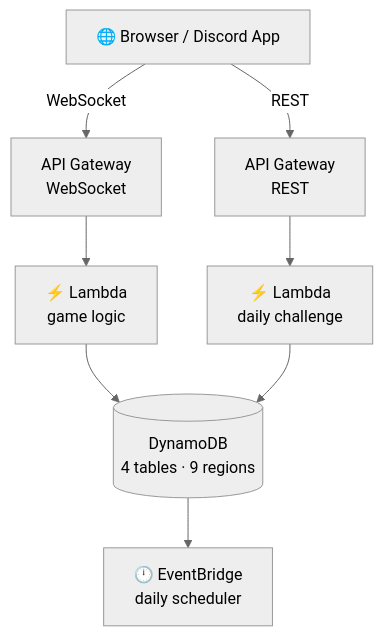
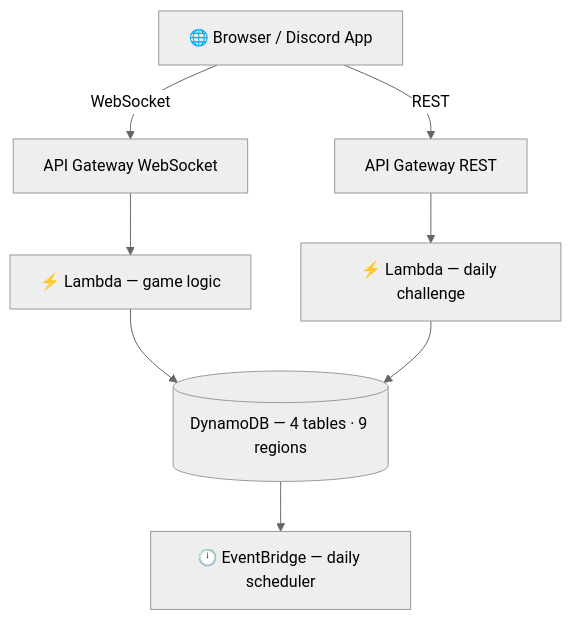
Before and after one commit to mcteamster/rgb: the second of 7 diagrams in docs/demo-guide.md, drawn with Mermaid (neutral theme). The commit also changed other lines of this file, not shown here.

Commit message:
docs: fix Mermaid line breaks, correct color wheel description, add bicone image

````diff
--- a/docs/demo-guide.md
+++ b/docs/demo-guide.md
@@ -45,15 +45,11 @@
 ```mermaid
 flowchart TD
   Client["🌐 Browser / Discord App"]
-
-  Client -->|WebSocket| WS["API Gateway\nWebSocket"]
-  Client -->|REST| REST["API Gateway\nREST"]
-
-  WS --> L1["⚡ Lambda\ngame logic"]
-  REST --> L2["⚡ Lambda\ndaily challenge"]
-
-  L1 --> DB[("DynamoDB\n4 tables · 9 regions")]
+  Client -->|WebSocket| WS["API Gateway WebSocket"]
+  Client -->|REST| REST["API Gateway REST"]
+  WS --> L1["⚡ Lambda — game logic"]
+  REST --> L2["⚡ Lambda — daily challenge"]
+  L1 --> DB[("DynamoDB — 4 tables · 9 regions")]
   L2 --> DB
-
-  DB --> EB["🕛 EventBridge\ndaily scheduler"]
+  DB --> EB["🕛 EventBridge — daily scheduler"]
 ```
````
